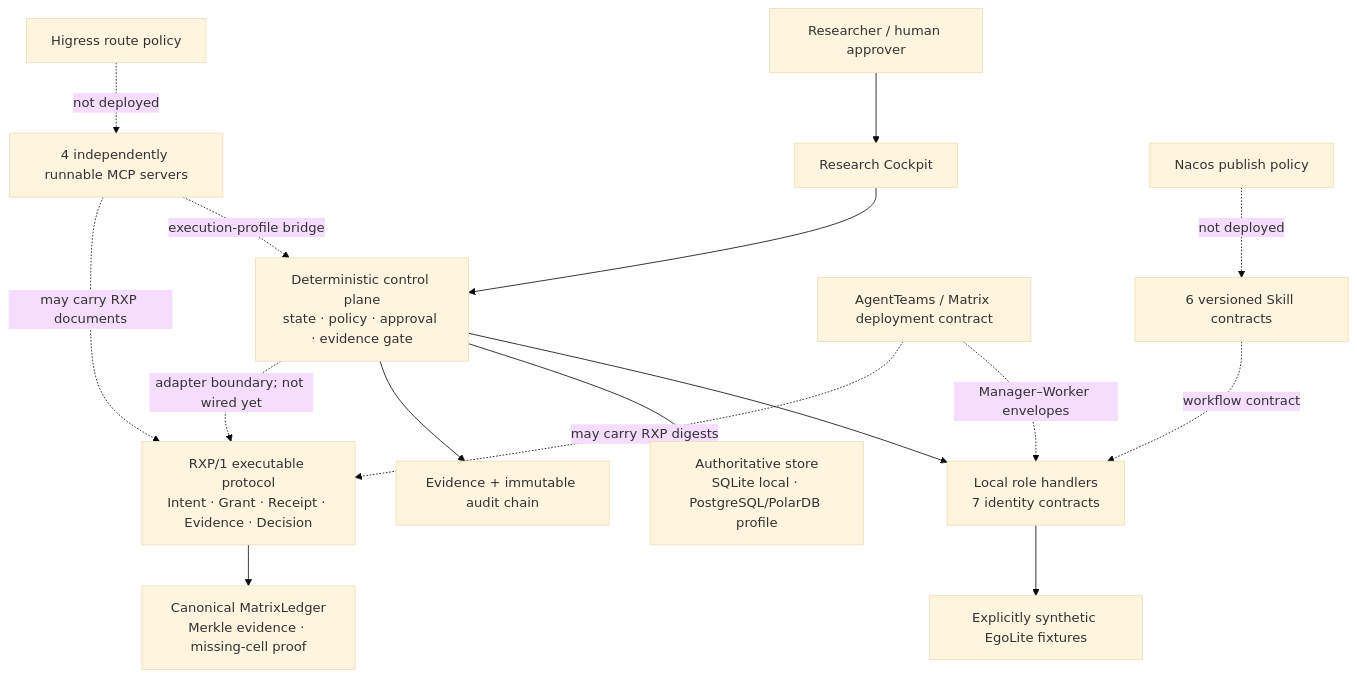
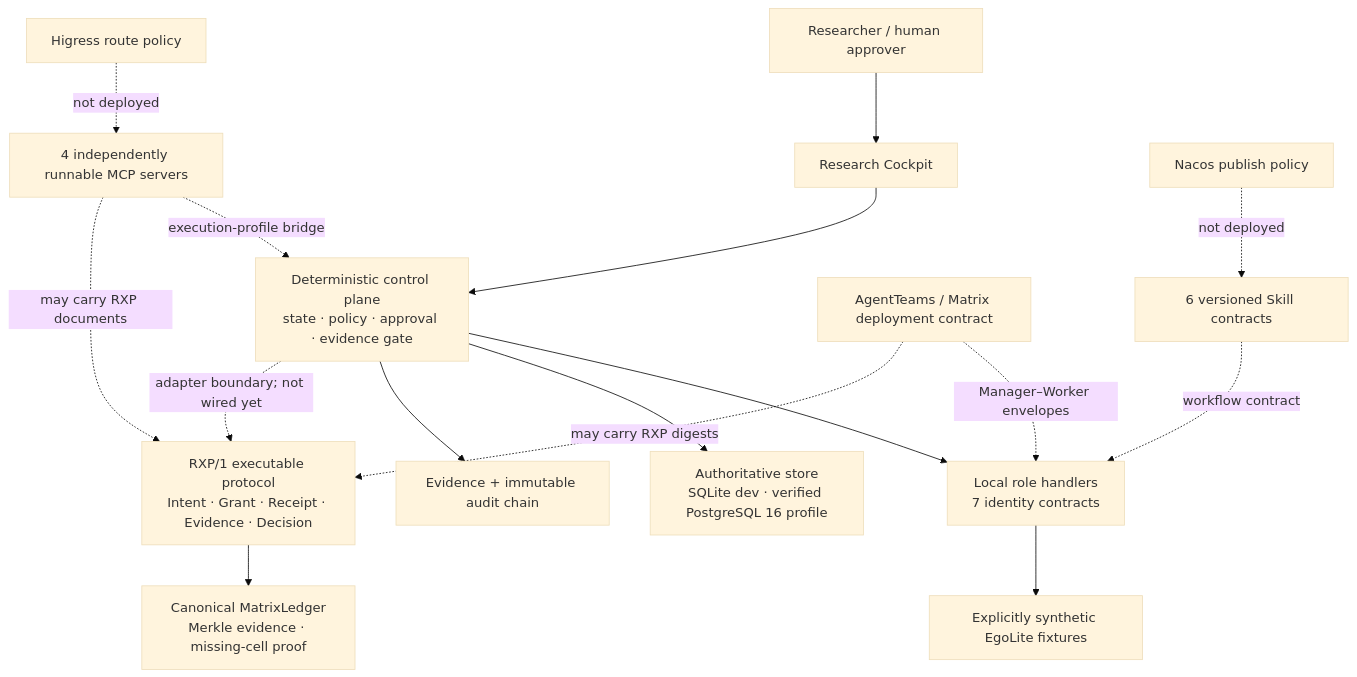
One commit to Sorasky681/ego_agent_infra_secure_memory changed the diagram in docs/architecture.md. Above: the diagram before and after it, drawn with Mermaid (base theme). The commit also changed other lines of this file and 23 other files, not shown here.

Commit message:
Add verified PostgreSQL control-plane store

````diff
--- a/docs/architecture.md
+++ b/docs/architecture.md
@@ -7,19 +7,19 @@
 ```mermaid
 flowchart TB
   H["Researcher / human approver"] --> UI["Research Cockpit"]
   UI --> API["Deterministic control plane\nstate · policy · approval · evidence gate"]
   API --> R["Local role handlers\n7 identity contracts"]
   R --> FX["Explicitly synthetic EgoLite fixtures"]
-  API --> DB["Authoritative store\nSQLite local · PostgreSQL/PolarDB profile"]
+  API --> DB["Authoritative store\nSQLite dev · verified PostgreSQL 16 profile"]
   API --> AU["Evidence + immutable audit chain"]
   RXP["RXP/1 executable protocol\nIntent · Grant · Receipt · Evidence · Decision"]
   RXP --> RL["Canonical MatrixLedger\nMerkle evidence · missing-cell proof"]
   API -. "adapter boundary; not wired yet" .-> RXP
   SK["6 versioned Skill contracts"] -. "workflow contract" .-> R
   MCP["4 independently runnable MCP servers"] -. "execution-profile bridge" .-> API
   MCP -. "may carry RXP documents" .-> RXP
   AT["AgentTeams / Matrix deployment contract"] -. "Manager–Worker envelopes" .-> R
   AT -. "may carry RXP digests" .-> RXP
   HG["Higress route policy"] -. "not deployed" .-> MCP
   NC["Nacos publish policy"] -. "not deployed" .-> SK
 ```
````
